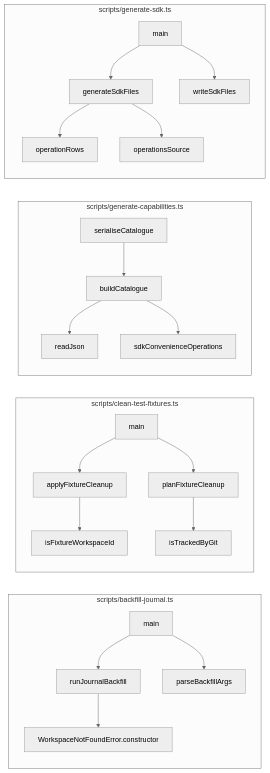
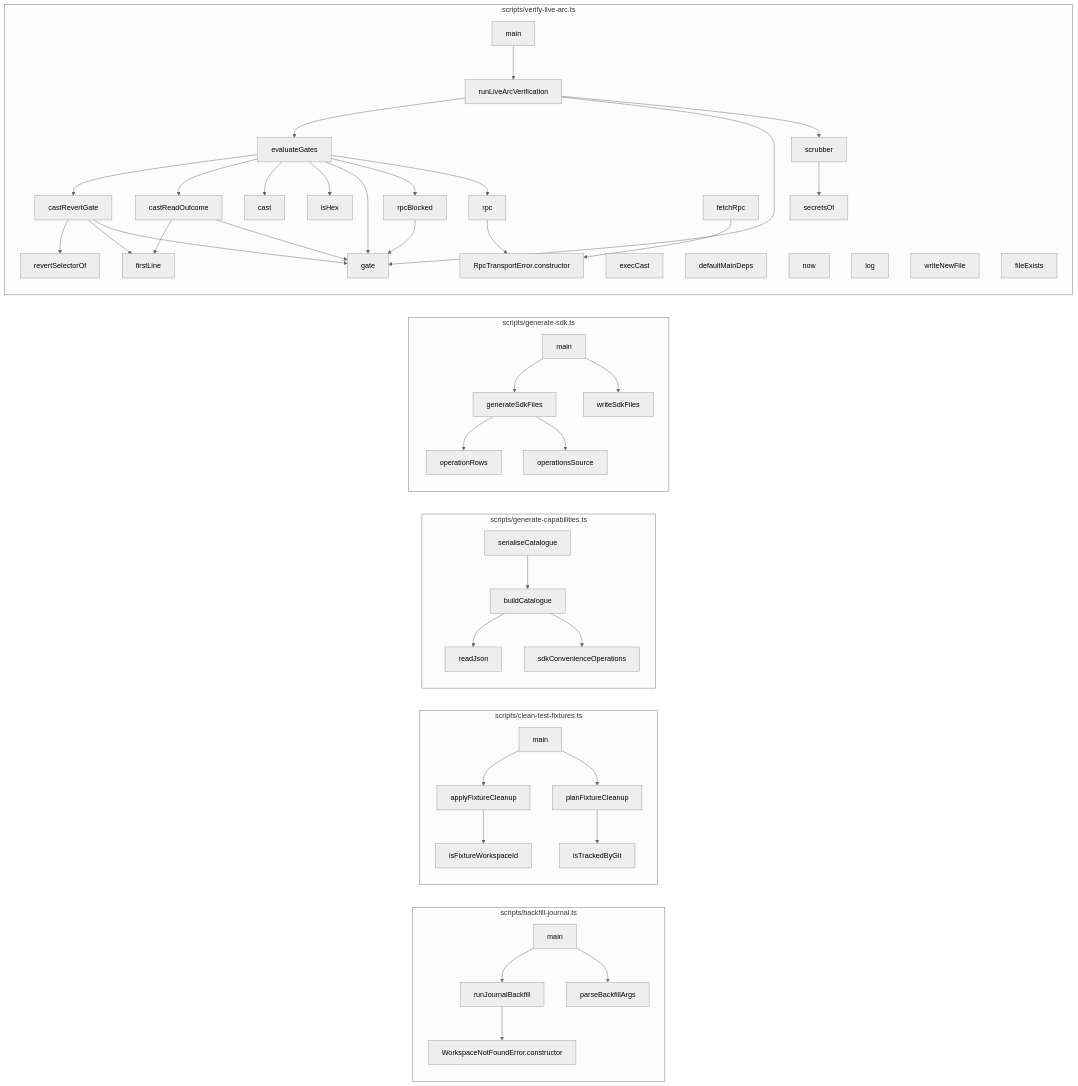
The third of 5 diagrams in docs/CODEBASE_MAP.md (Jaydearcadian/bind), drawn with Mermaid (neutral theme) before and after one commit. The commit also changed other lines of this file and 16 other files, not shown here.

````diff
--- a/docs/CODEBASE_MAP.md
+++ b/docs/CODEBASE_MAP.md
@@ -979,43 +280,87 @@
 ```mermaid
 flowchart LR
   subgraph F0["scripts/backfill-journal.ts"]
-    n34["WorkspaceNotFoundError.constructor"]
-    n35["parseBackfillArgs"]
-    n36["runJournalBackfill"]
-    n37["main"]
+    n35["WorkspaceNotFoundError.constructor"]
+    n36["parseBackfillArgs"]
+    n37["runJournalBackfill"]
+    n38["main"]
   end
   subgraph F1["scripts/clean-test-fixtures.ts"]
-    n38["isFixtureWorkspaceId"]
-    n39["isTrackedByGit"]
-    n40["planFixtureCleanup"]
-    n41["applyFixtureCleanup"]
-    n42["main"]
+    n39["isFixtureWorkspaceId"]
+    n40["isTrackedByGit"]
+    n41["planFixtureCleanup"]
+    n42["applyFixtureCleanup"]
+    n43["main"]
   end
   subgraph F2["scripts/generate-capabilities.ts"]
-    n43["readJson"]
-    n44["sdkConvenienceOperations"]
-    n45["buildCatalogue"]
-    n46["serialiseCatalogue"]
+    n44["readJson"]
+    n45["sdkConvenienceOperations"]
+    n46["buildCatalogue"]
+    n47["serialiseCatalogue"]
   end
   subgraph F3["scripts/generate-sdk.ts"]
-    n47["operationRows"]
-    n48["operationsSource"]
-    n49["generateSdkFiles"]
-    n50["writeSdkFiles"]
-    n51["main"]
+    n48["operationRows"]
+    n49["operationsSource"]
+    n50["generateSdkFiles"]
+    n51["writeSdkFiles"]
+    n52["main"]
   end
-  n36 --> n34
+  subgraph F4["scripts/verify-live-arc.ts"]
+    n53["RpcTransportError.constructor"]
+    n54["secretsOf"]
+    n55["scrubber"]
+    n56["revertSelectorOf"]
+    n57["firstLine"]
+    n58["isHex"]
+    n59["gate"]
+    n60["rpcBlocked"]
+    n61["castReadOutcome"]
+    n62["castRevertGate"]
+    n63["runLiveArcVerification"]
+    n64["evaluateGates"]
+    n65["rpc"]
+    n66["cast"]
+    n67["execCast"]
+    n68["fetchRpc"]
+    n69["defaultMainDeps"]
+    n70["now"]
+    n71["log"]
+    n72["writeNewFile"]
+    n73["fileExists"]
+    n74["main"]
+  end
   n37 --> n35
-  n37 --> n36
-  n40 --> n39
-  n41 --> n38
-  n42 --> n40
-  n42 --> n41
-  n45 --> n43
-  n45 --> n44
+  n38 --> n36
+  n38 --> n37
+  n41 --> n40
+  n42 --> n39
+  n43 --> n41
+  n43 --> n42
+  n46 --> n44
   n46 --> n45
-  n49 --> n47
-  n49 --> n48
-  n51 --> n50
-  n51 --> n49
+  n47 --> n46
+  n50 --> n48
+  n50 --> n49
+  n52 --> n51
+  n52 --> n50
+  n55 --> n54
+  n60 --> n59
+  n61 --> n59
+  n61 --> n57
+  n62 --> n59
+  n62 --> n57
+  n62 --> n56
+  n63 --> n55
+  n63 --> n59
+  n63 --> n64
+  n64 --> n65
+  n64 --> n60
+  n64 --> n59
+  n64 --> n58
+  n64 --> n66
+  n64 --> n61
+  n64 --> n62
+  n65 --> n53
+  n68 --> n53
+  n74 --> n63
 ```
````
